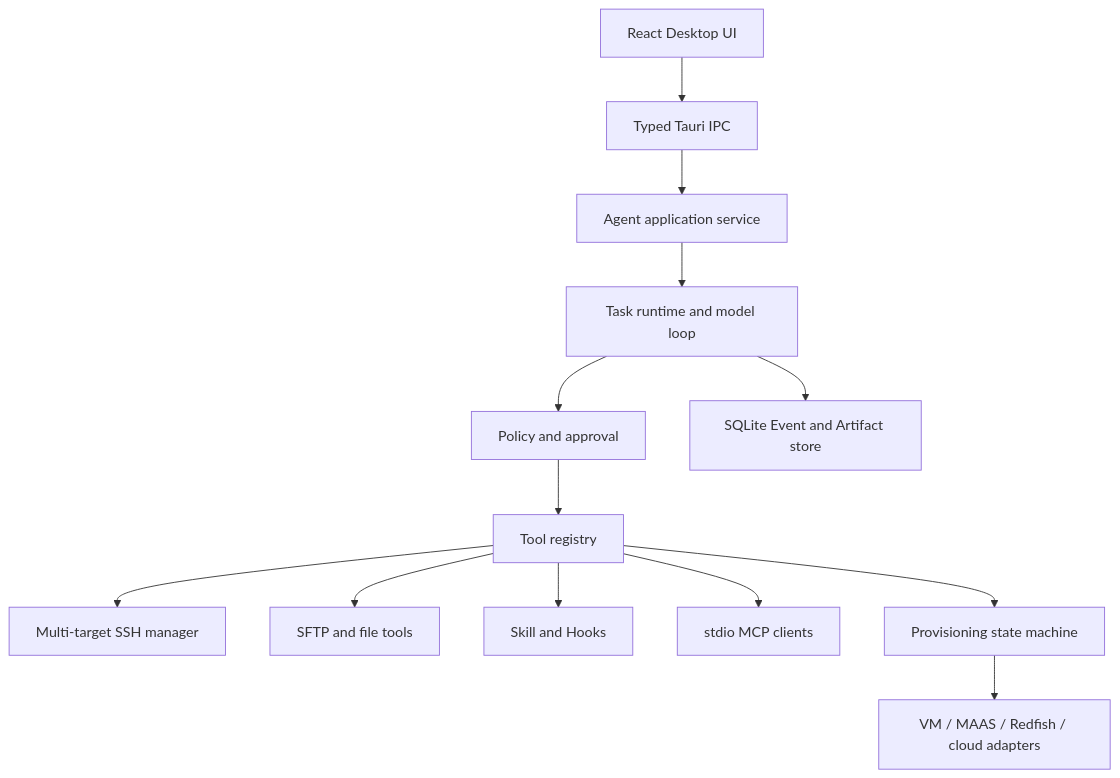
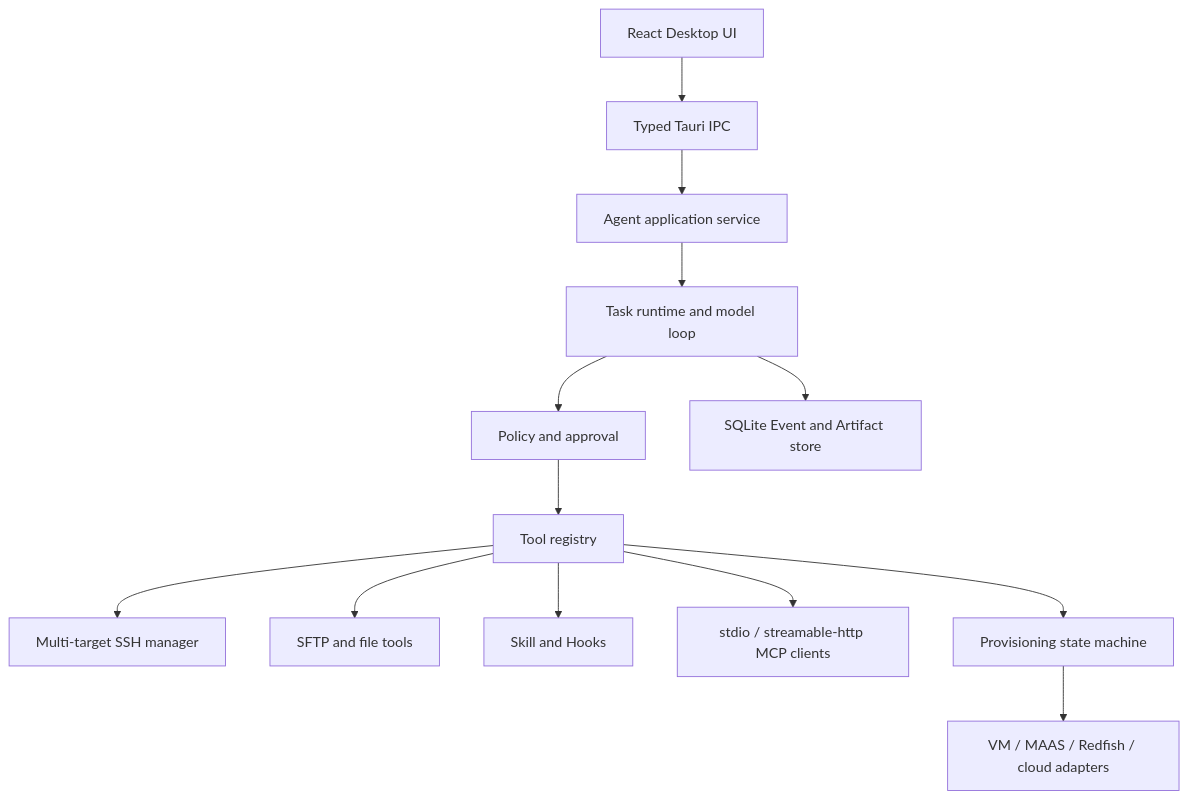
Before and after one commit to Ssshake1996/myterm: the first of 3 diagrams in docs/linux-agent-specification.md, drawn with Mermaid. The commit also changed other lines of this file and 20 other files, not shown here.

````diff
--- a/docs/linux-agent-specification.md
+++ b/docs/linux-agent-specification.md
@@ -221,15 +221,15 @@
 ```mermaid
 flowchart TD
     Desktop["React Desktop UI"] --> IPC["Typed Tauri IPC"]
     IPC --> App["Agent application service"]
     App --> Runtime["Task runtime and model loop"]
     Runtime --> Policy["Policy and approval"]
     Runtime --> Store["SQLite Event and Artifact store"]
     Policy --> Registry["Tool registry"]
     Registry --> SSH["Multi-target SSH manager"]
     Registry --> Files["SFTP and file tools"]
     Registry --> Skills["Skill and Hooks"]
-    Registry --> MCP["stdio MCP clients"]
+    Registry --> MCP["stdio / streamable-http MCP clients"]
     Registry --> Provisioning["Provisioning state machine"]
     Provisioning --> Providers["VM / MAAS / Redfish / cloud adapters"]
 ```
````
